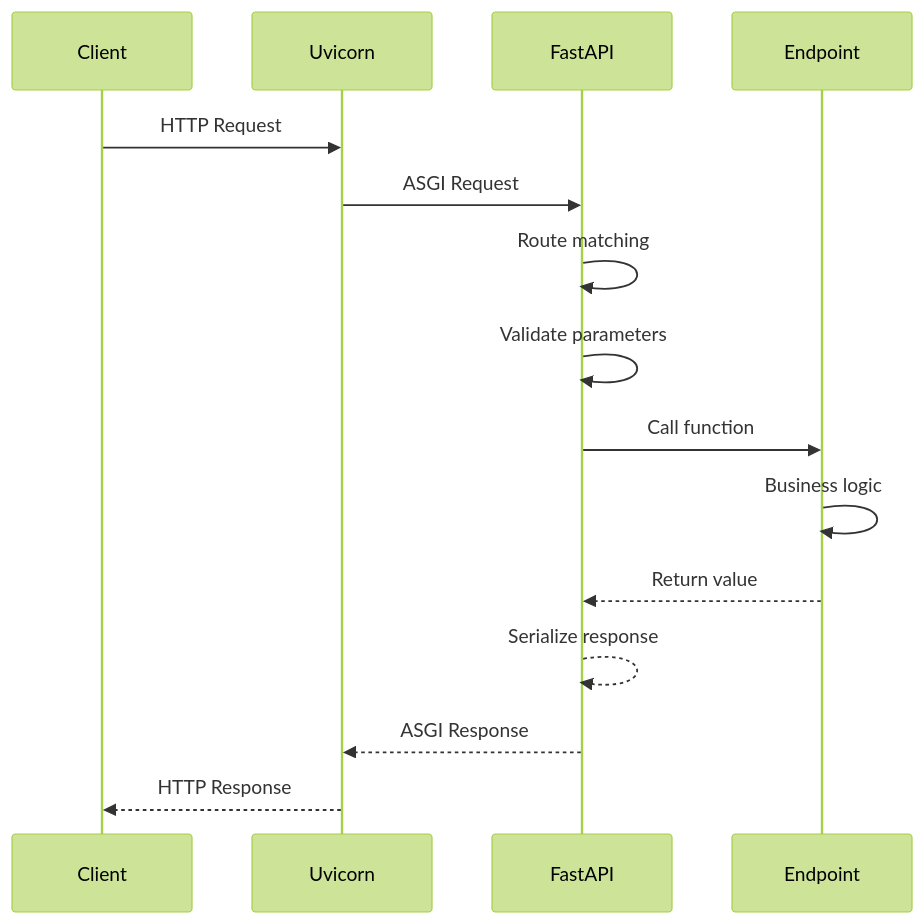
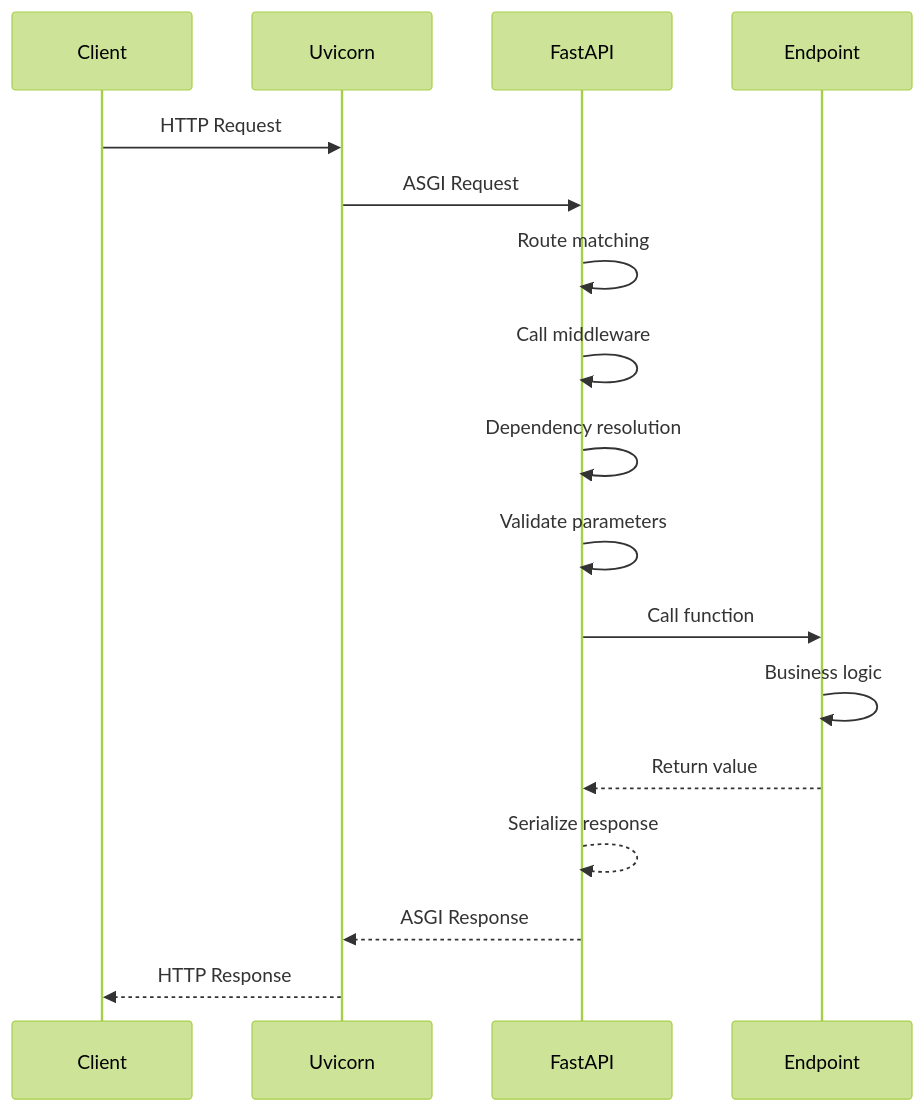
The diagram in 01-hello-world/README.rst (krother/rest-api-tutorial), drawn with Mermaid (forest theme) before and after one commit. The commit also changed other lines of this file and 6 other files, not shown here.

```diff
--- a/01-hello-world/README.rst
+++ b/01-hello-world/README.rst
@@ -45,18 +11,20 @@
 .. mermaid::
 
    sequenceDiagram
        participant Client
        participant Uvicorn
        participant FastAPI
        participant Endpoint
 
        Client->>Uvicorn: HTTP Request
        Uvicorn->>FastAPI: ASGI Request
        FastAPI->>FastAPI: Route matching
+       FastAPI->>FastAPI: Call middleware
+       FastAPI->>FastAPI: Dependency resolution
        FastAPI->>FastAPI: Validate parameters
        FastAPI->>Endpoint: Call function
        Endpoint->>Endpoint: Business logic
        Endpoint-->>FastAPI: Return value
        FastAPI-->>FastAPI: Serialize response
        FastAPI-->>Uvicorn: ASGI Response
        Uvicorn-->>Client: HTTP Response
```
